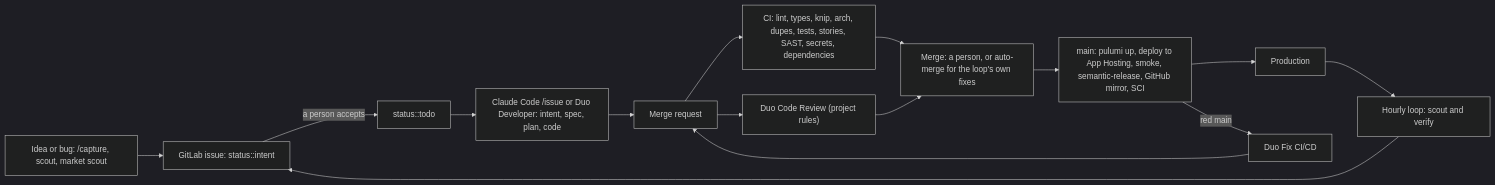
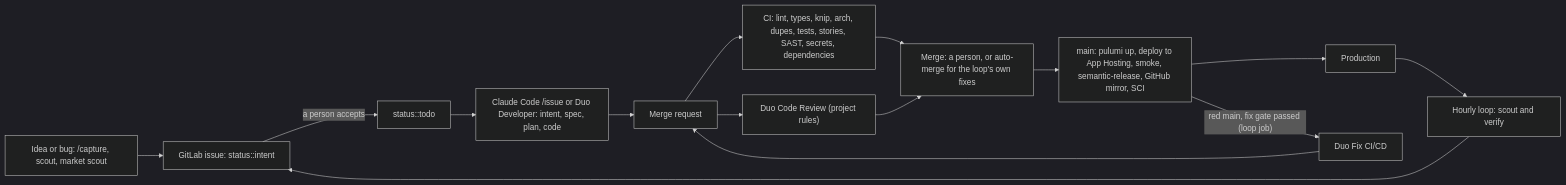
Before and after one commit to sami-m-g/wovain: the third of 3 diagrams in docs/architecture.md, drawn with Mermaid (dark theme). The commit also changed other lines of this file and 5 other files, not shown here.

First line of the commit message:
docs(loop): document the fix gate and credit-aware duo triggers

````diff
--- a/docs/architecture.md
+++ b/docs/architecture.md
@@ -72,16 +72,16 @@
 ```mermaid
 flowchart LR
   idea["Idea or bug: /capture, scout, market scout"] --> issue["GitLab issue: status::intent"]
   issue -->|"a person accepts"| todo["status::todo"]
   todo --> agentwork["Claude Code /issue or Duo Developer: intent, spec, plan, code"]
   agentwork --> mr["Merge request"]
   mr --> checks["CI: lint, types, knip, arch, dupes, tests, stories, SAST, secrets, dependencies"]
   mr --> review["Duo Code Review (project rules)"]
   checks & review --> merge["Merge: a person, or auto-merge for the loop's own fixes"]
   merge --> main["main: pulumi up, deploy to App Hosting, smoke, semantic-release, GitHub mirror, SCI"]
   main --> prod["Production"]
   prod --> loop["Hourly loop: scout and verify"]
   loop --> issue
-  main -->|"red main"| fixci["Duo Fix CI/CD"]
+  main -->|"red main, fix gate passed (loop job)"| fixci["Duo Fix CI/CD"]
   fixci --> mr
 ```
````
